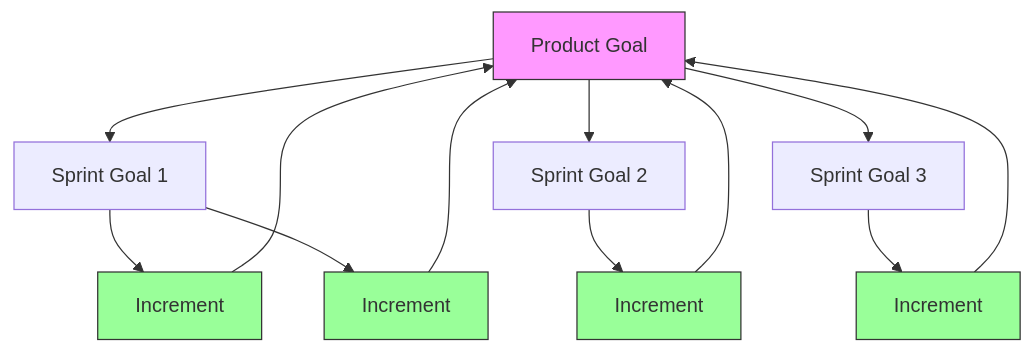
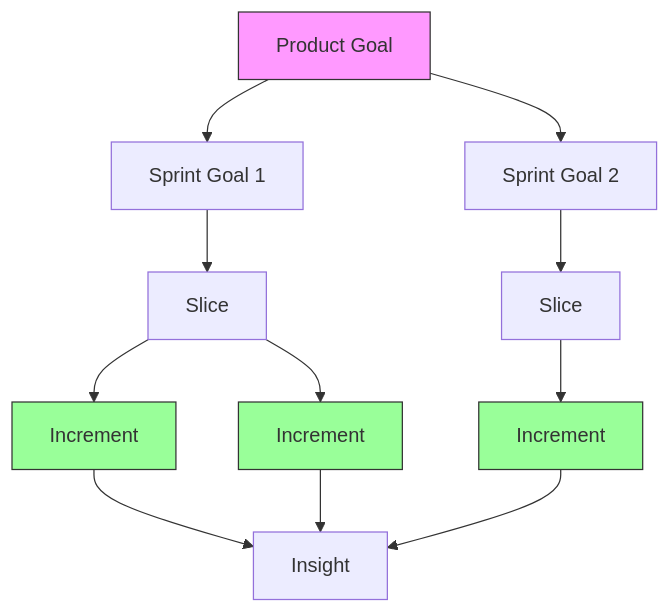
The second of 2 diagrams in docs/VISION.md (kocchi/agent-harness), drawn with Mermaid before and after one commit. The commit also changed other lines of this file and 33 other files, not shown here.

````diff
--- a/docs/VISION.md
+++ b/docs/VISION.md
@@ -165,22 +107,21 @@
 ```mermaid
 flowchart TB
     PG[Product Goal] --> SG1[Sprint Goal 1]
     PG --> SG2[Sprint Goal 2]
-    PG --> SG3[Sprint Goal 3]
     
-    SG1 --> I1[Increment]
-    SG1 --> I2[Increment]
-    SG2 --> I3[Increment]
-    SG3 --> I4[Increment]
+    SG1 --> SL1[Slice]
+    SL1 --> I1[Increment]
+    SL1 --> I2[Increment]
     
-    I1 --> PG
-    I2 --> PG
-    I3 --> PG
-    I4 --> PG
+    SG2 --> SL2[Slice]
+    SL2 --> I3[Increment]
+    
+    I1 --> INS[Insight]
+    I2 --> INS
+    I3 --> INS
     
     style PG fill:#f9f,stroke:#333
     style I1 fill:#9f9,stroke:#333
     style I2 fill:#9f9,stroke:#333
     style I3 fill:#9f9,stroke:#333
-    style I4 fill:#9f9,stroke:#333
 ```
````
